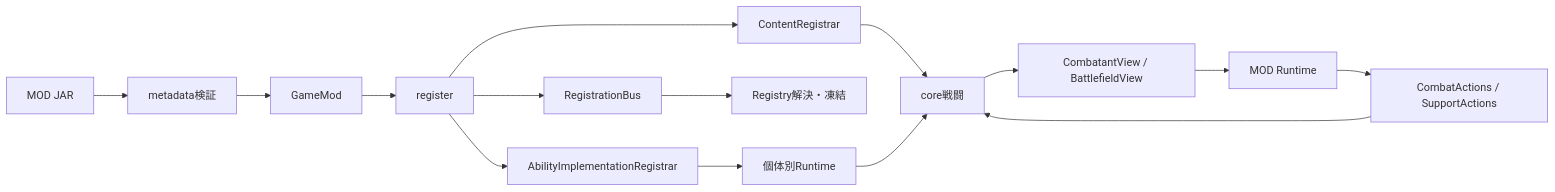
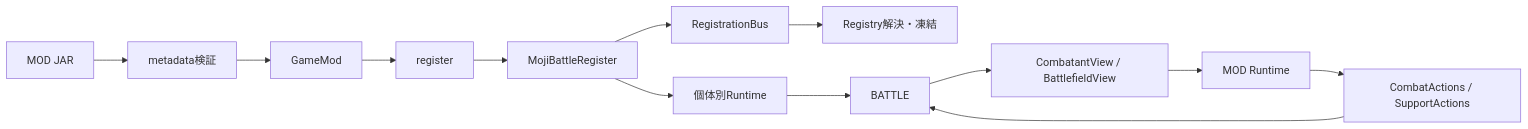
Before and after one commit to takoyaki3466/MojiBattleEX: the diagram in api/README.md, drawn with Mermaid. The commit also changed other lines of this file and 297 other files, not shown here.

````diff
--- a/api/README.md
+++ b/api/README.md
@@ -120,17 +127,15 @@
 ```mermaid
 flowchart LR
     JAR[MOD JAR] --> META[metadata検証]
     META --> MOD[GameMod]
     MOD --> REG[register]
-    REG --> CONTENT[ContentRegistrar]
-    REG --> IMPL[AbilityImplementationRegistrar]
-    REG --> BUS[RegistrationBus]
+    REG --> DECLARE[MojiBattleRegister]
+    DECLARE --> BUS[RegistrationBus]
     BUS --> FREEZE[Registry解決・凍結]
-    CONTENT --> BATTLE[core戦闘]
-    IMPL --> FACTORY[個体別Runtime]
+    DECLARE --> FACTORY[個体別Runtime]
     FACTORY --> BATTLE
     BATTLE --> VIEW[CombatantView / BattlefieldView]
     VIEW --> RUNTIME[MOD Runtime]
     RUNTIME --> ACTIONS[CombatActions / SupportActions]
     ACTIONS --> BATTLE
 ```
````
